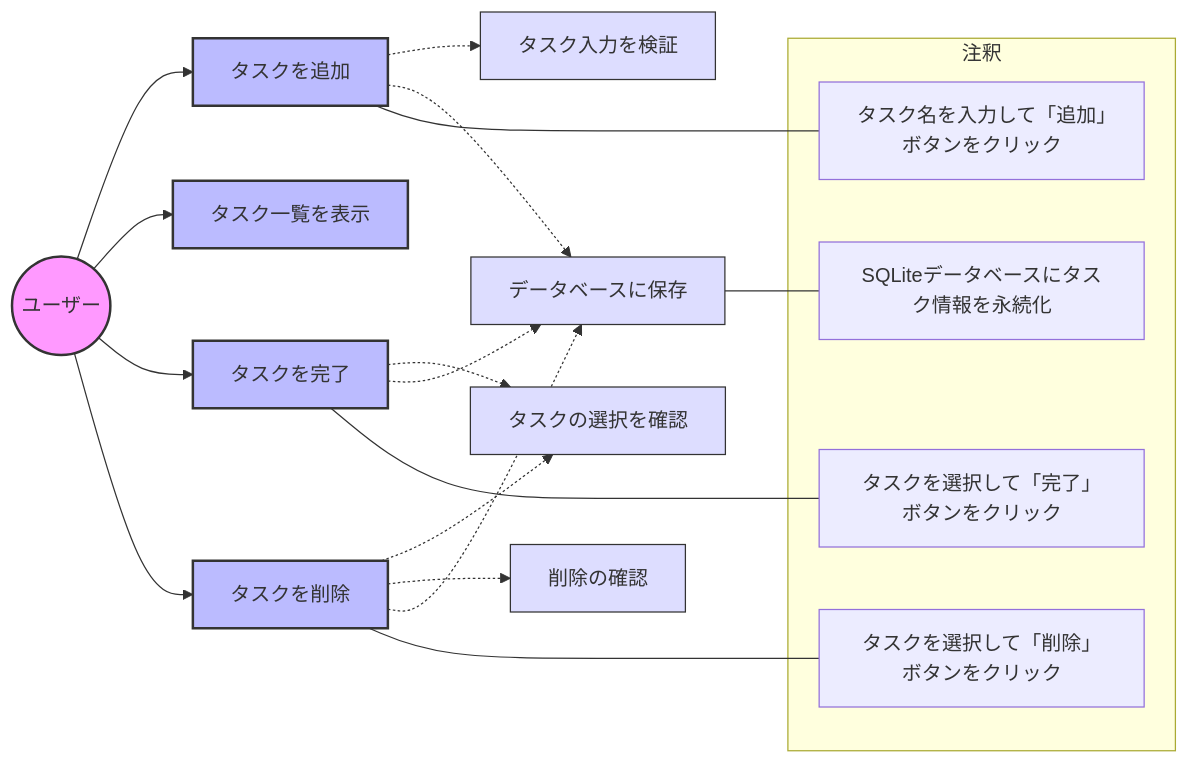
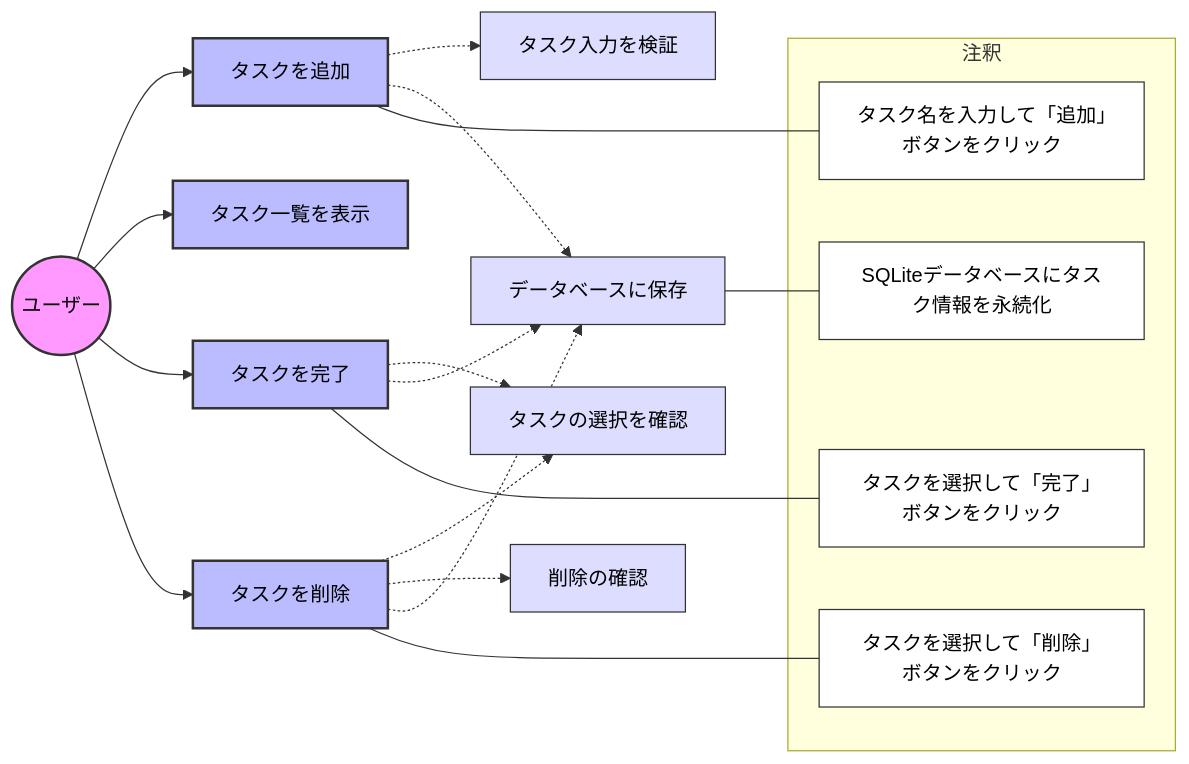
The diagram in usecase_mermaid.md (Admiral86/Sample_01), drawn with Mermaid before and after one commit.

Commit message:
2nd commit

````diff
--- a/usecase_mermaid.md
+++ b/usecase_mermaid.md
@@ -1,54 +1,58 @@
 ```mermaid
 graph LR
     %% アクター
     User((ユーザー))
 
     %% メインユースケース
     UC1[タスクを追加]
     UC2[タスク一覧を表示]
     UC3[タスクを完了]
     UC4[タスクを削除]
 
     %% サブユースケース
     SUB1[タスク入力を検証]
     SUB2[タスクの選択を確認]
     SUB3[削除の確認]
     SUB4[データベースに保存]
 
     %% アクターとユースケースの関連
     User --> UC1
     User --> UC2
     User --> UC3
     User --> UC4
 
     %% includeの関連
     UC1 -.-> SUB1
     UC1 -.-> SUB4
     UC3 -.-> SUB2
     UC3 -.-> SUB4
     UC4 -.-> SUB2
     UC4 -.-> SUB3
     UC4 -.-> SUB4
 
     %% スタイル設定
-    classDef actor fill:#f9f,stroke:#333,stroke-width:2px
-    classDef usecase fill:#bbf,stroke:#333,stroke-width:2px
-    classDef subcase fill:#ddf,stroke:#333,stroke-width:1px
+    classDef actor fill:#f9f,stroke:#333,stroke-width:2px,color:#000
+    classDef usecase fill:#bbf,stroke:#333,stroke-width:2px,color:#000
+    classDef subcase fill:#ddf,stroke:#333,stroke-width:1px,color:#000
 
     class User actor
     class UC1,UC2,UC3,UC4 usecase
     class SUB1,SUB2,SUB3,SUB4 subcase
 
     %% 注釈
     subgraph 注釈
         note1[タスク名を入力して「追加」ボタンをクリック]
         note2[タスクを選択して「完了」ボタンをクリック]
         note3[タスクを選択して「削除」ボタンをクリック]
         note4[SQLiteデータベースにタスク情報を永続化]
     end
 
+    %% 注釈のスタイル
+    classDef note fill:#fff,stroke:#333,stroke-width:1px,color:#000
+    class note1,note2,note3,note4 note
+
     UC1 --- note1
     UC3 --- note2
     UC4 --- note3
     SUB4 --- note4
 ```
````
